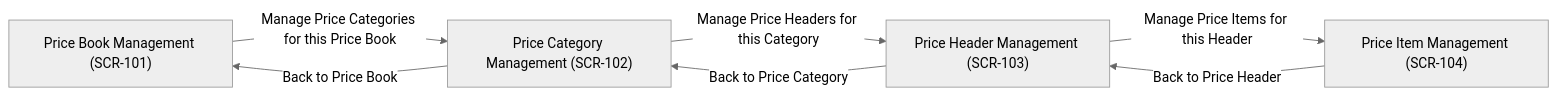
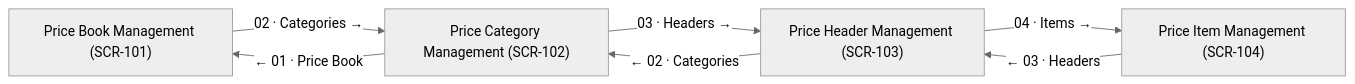
The first of 2 diagrams in OrgDocument/projects/06 - Building UI Prototype skills/artifacts/UI Prototype/examples/price-book-test/interaction-flows.md (zhongadamwang/AI_Slowcooker), drawn with Mermaid (neutral theme) before and after one commit. The commit also changed other lines of this file and 10 other files, not shown here.

````diff
--- a/OrgDocument/projects/06 - Building UI Prototype skills/artifacts/UI Prototype/examples/price-book-test/interaction-flows.md
+++ b/OrgDocument/projects/06 - Building UI Prototype skills/artifacts/UI Prototype/examples/price-book-test/interaction-flows.md
@@ -11,9 +13,9 @@
 ```mermaid
 flowchart LR
-    SCR101["Price Book Management (SCR-101)"] -->|"Manage Price Categories for this Price Book"| SCR102["Price Category Management (SCR-102)"]
-    SCR102 -->|"Back to Price Book"| SCR101
-    SCR102 -->|"Manage Price Headers for this Category"| SCR103["Price Header Management (SCR-103)"]
-    SCR103 -->|"Back to Price Category"| SCR102
-    SCR103 -->|"Manage Price Items for this Header"| SCR104["Price Item Management (SCR-104)"]
-    SCR104 -->|"Back to Price Header"| SCR103
+    SCR101["Price Book Management (SCR-101)"] -->|"02 · Categories →"| SCR102["Price Category Management (SCR-102)"]
+    SCR102 -->|"← 01 · Price Book"| SCR101
+    SCR102 -->|"03 · Headers →"| SCR103["Price Header Management (SCR-103)"]
+    SCR103 -->|"← 02 · Categories"| SCR102
+    SCR103 -->|"04 · Items →"| SCR104["Price Item Management (SCR-104)"]
+    SCR104 -->|"← 03 · Headers"| SCR103
 ```
````
